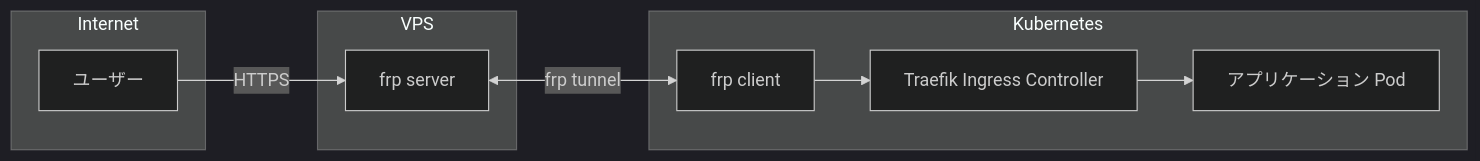
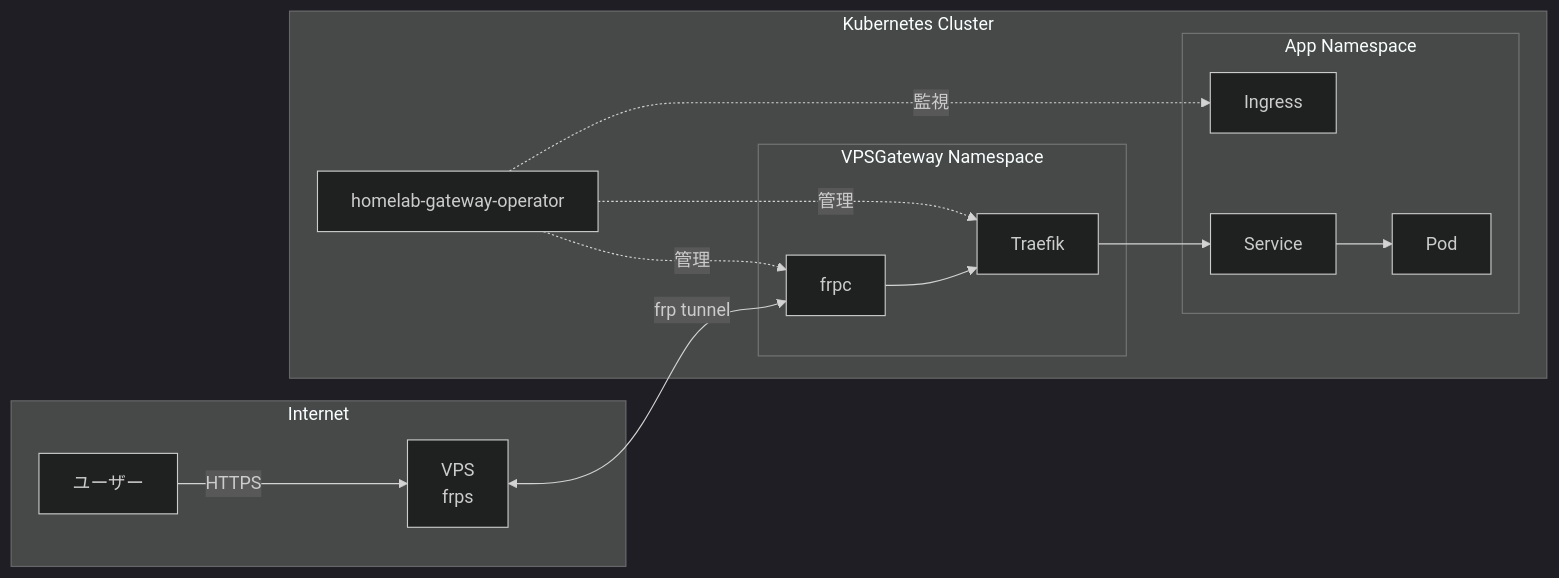
Before and after one commit to hmdyt/homelab-gateway-operator: the diagram in README.md, drawn with Mermaid (dark theme). The commit also changed other lines of this file, not shown here.

````diff
--- a/README.md
+++ b/README.md
@@ -9,21 +27,30 @@
 ```mermaid
 flowchart LR
     subgraph Internet
         User[ユーザー]
+        VPS[VPS<br/>frps]
     end
 
-    subgraph VPS
-        FRPS[frp server]
+    subgraph Kubernetes Cluster
+        subgraph VPSGateway Namespace
+            FRPC[frpc]
+            Traefik[Traefik]
+        end
+        subgraph App Namespace
+            Ingress[Ingress]
+            Service[Service]
+            Pod[Pod]
+        end
+        Operator[homelab-gateway-operator]
     end
 
-    subgraph Kubernetes
-        FRPC[frp client]
-        Traefik[Traefik Ingress Controller]
-        App[アプリケーション Pod]
-    end
+    User -->|HTTPS| VPS
+    VPS <-->|frp tunnel| FRPC
+    FRPC --> Traefik
+    Traefik --> Service
+    Service --> Pod
 
-    User -->|HTTPS| FRPS
-    FRPS <-->|frp tunnel| FRPC
-    FRPC --> Traefik
-    Traefik --> App
+    Operator -.->|管理| FRPC
+    Operator -.->|管理| Traefik
+    Operator -.->|監視| Ingress
 ```
````
